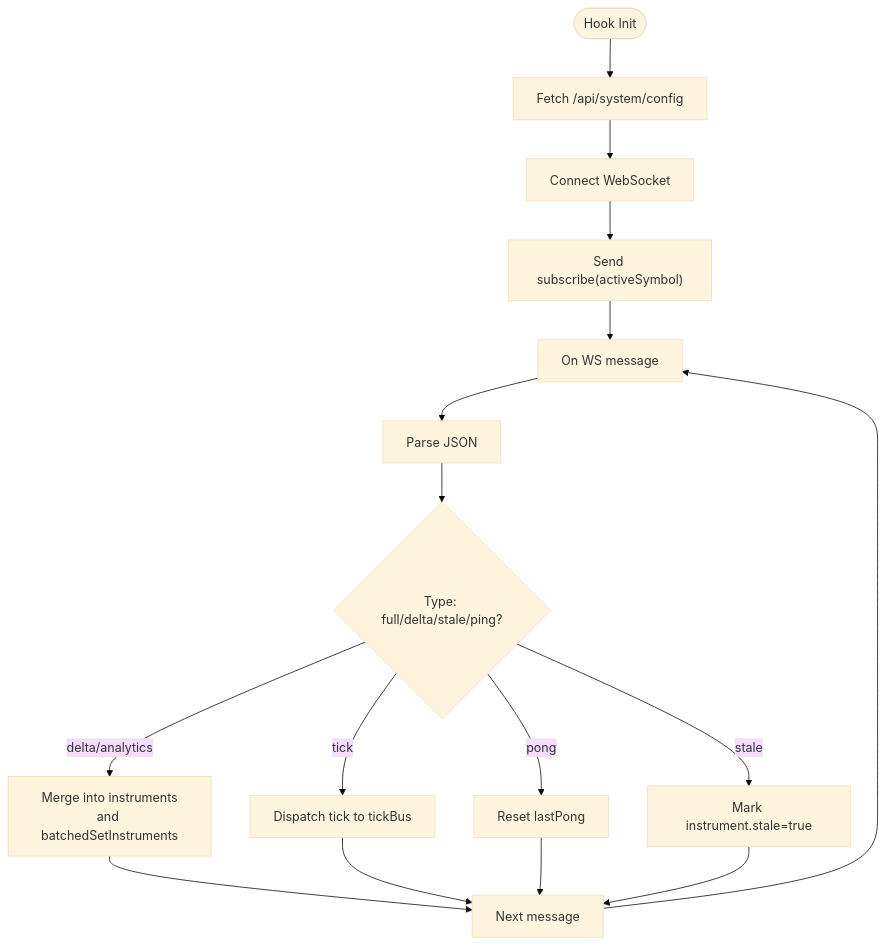
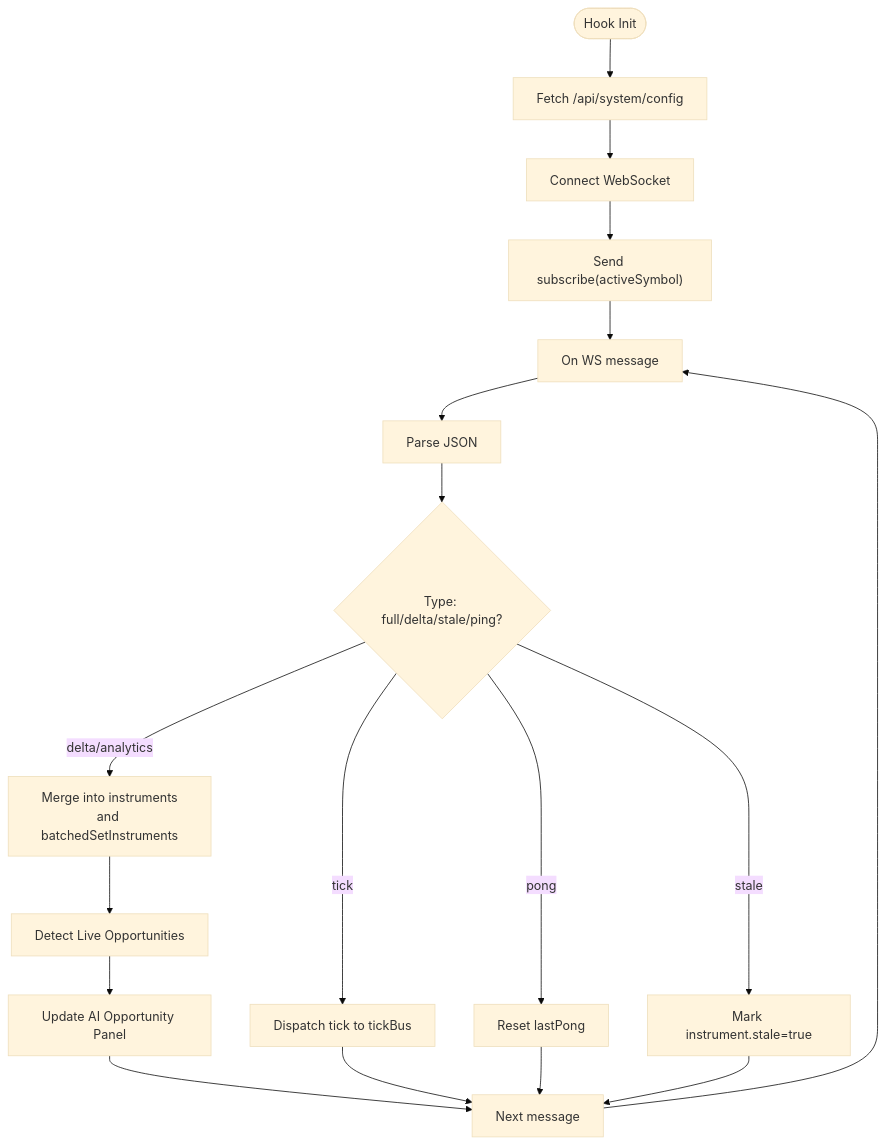
One commit to gemrajkhatry-maker/v5-of-glassytrade-ai changed the third of 5 diagrams in .qoder/repowiki/en/content/Frontend Application/Frontend Application.md. Above: the diagram before and after it, drawn with Mermaid (base theme). The commit also changed other lines of this file and 930 other files, not shown here.

````diff
--- a/.qoder/repowiki/en/content/Frontend Application/Frontend Application.md
+++ b/.qoder/repowiki/en/content/Frontend Application/Frontend Application.md
@@ -190,18 +248,20 @@
 ```mermaid
 flowchart TD
 Start(["Hook Init"]) --> FetchCfg["Fetch /api/system/config"]
 FetchCfg --> ConnectWS["Connect WebSocket"]
 ConnectWS --> Subscribe["Send subscribe(activeSymbol)"]
 Subscribe --> OnMsg["On WS message"]
 OnMsg --> Parse["Parse JSON"]
 Parse --> Type{"Type: full/delta/stale/ping?"}
 Type --> |delta/analytics| Merge["Merge into instruments<br/>and batchedSetInstruments"]
 Type --> |tick| Tick["Dispatch tick to tickBus"]
 Type --> |stale| MarkStale["Mark instrument.stale=true"]
 Type --> |pong| Heartbeat["Reset lastPong"]
-Merge --> NextMsg["Next message"]
+Merge --> LiveOpportunity["Detect Live Opportunities"]
+LiveOpportunity --> UpdateUI["Update AI Opportunity Panel"]
+UpdateUI --> NextMsg["Next message"]
 Tick --> NextMsg
 Heartbeat --> NextMsg
 MarkStale --> NextMsg
 NextMsg --> OnMsg
 ```
````
